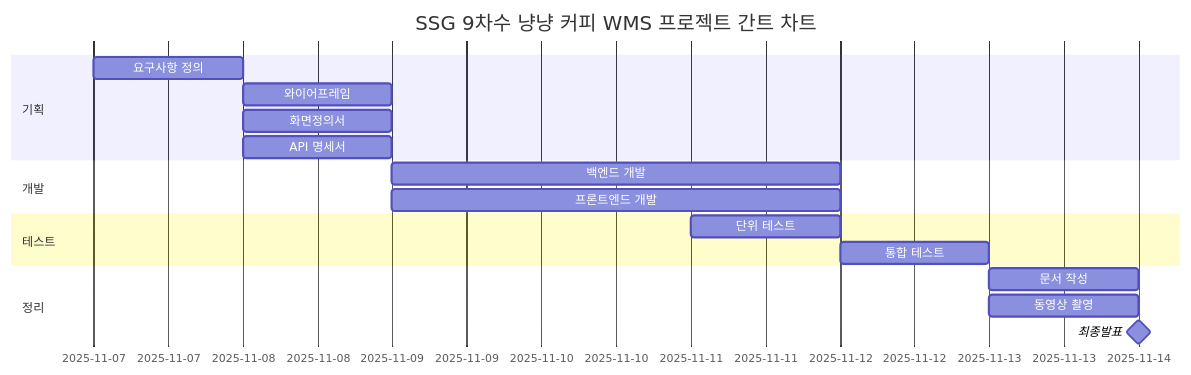
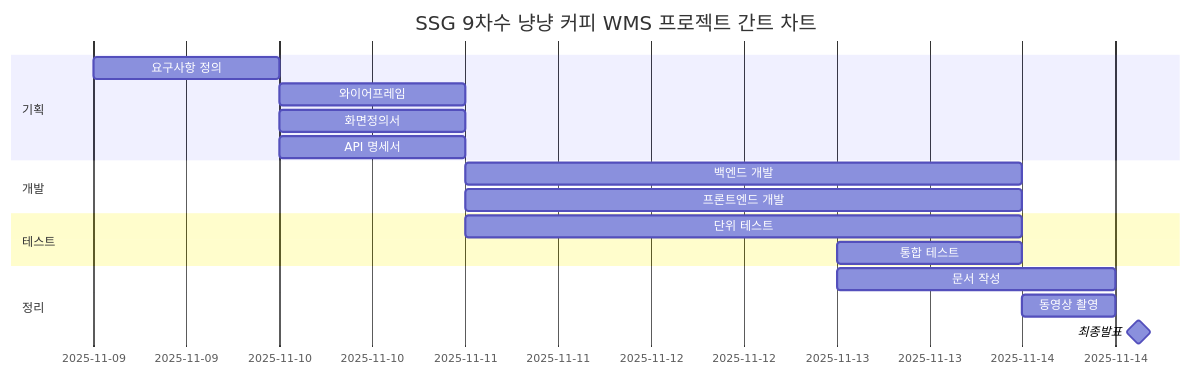
One commit to SSG9-1-meow-meow/Meow-coffee changed the diagram in README.md. Above: the diagram before and after it, drawn with Mermaid. The commit also changed other lines of this file, not shown here.

````diff
--- a/README.md
+++ b/README.md
@@ -21,25 +21,25 @@
 ```mermaid
 gantt
     title SSG 9차수 냥냥 커피 WMS 프로젝트 간트 차트
     dateFormat YYYY-MM-DD
 
     section 기획
-    요구사항 정의 :a1, 2025-11-07, 1d
+    요구사항 정의 :a1, 2025-11-09, 1d
     와이어프레임  :a2, after a1, 1d
     화면정의서 :a3, after a1, 1d
     API 명세서 :a4, after a1, 1d
 
     section 개발
     백엔드 개발 :b1, after a4, 3d
     프론트엔드 개발 :b2, after a4, 3d
 
     section 테스트
-    단위 테스트 :c1, 2025-11-11, 1d
-    통합 테스트 :c2, after b2, 1d
+    단위 테스트 :c1, 2025-11-11, 3d
+    통합 테스트 :c2, 2025-11-13, 1d
 
     section 정리
-    문서 작성 :d1, after c2, 1d
-    동영상 촬영 :d2, after c2, 1d
-    최종발표: milestone, m1, after d2, 0
+    문서 작성 :d1, 2025-11-13, 36h
+    동영상 촬영 :d2, 2025-11-14, 12h
+    최종발표: milestone, m1, 2025-11-14 15:00, 0
 
 ```
````
